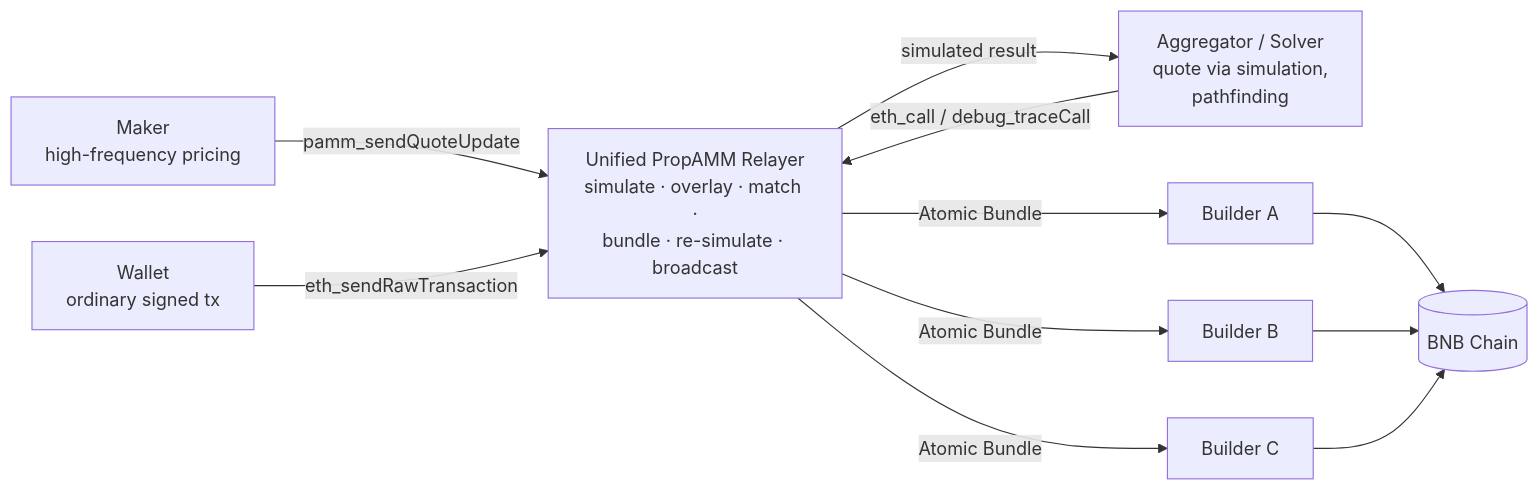
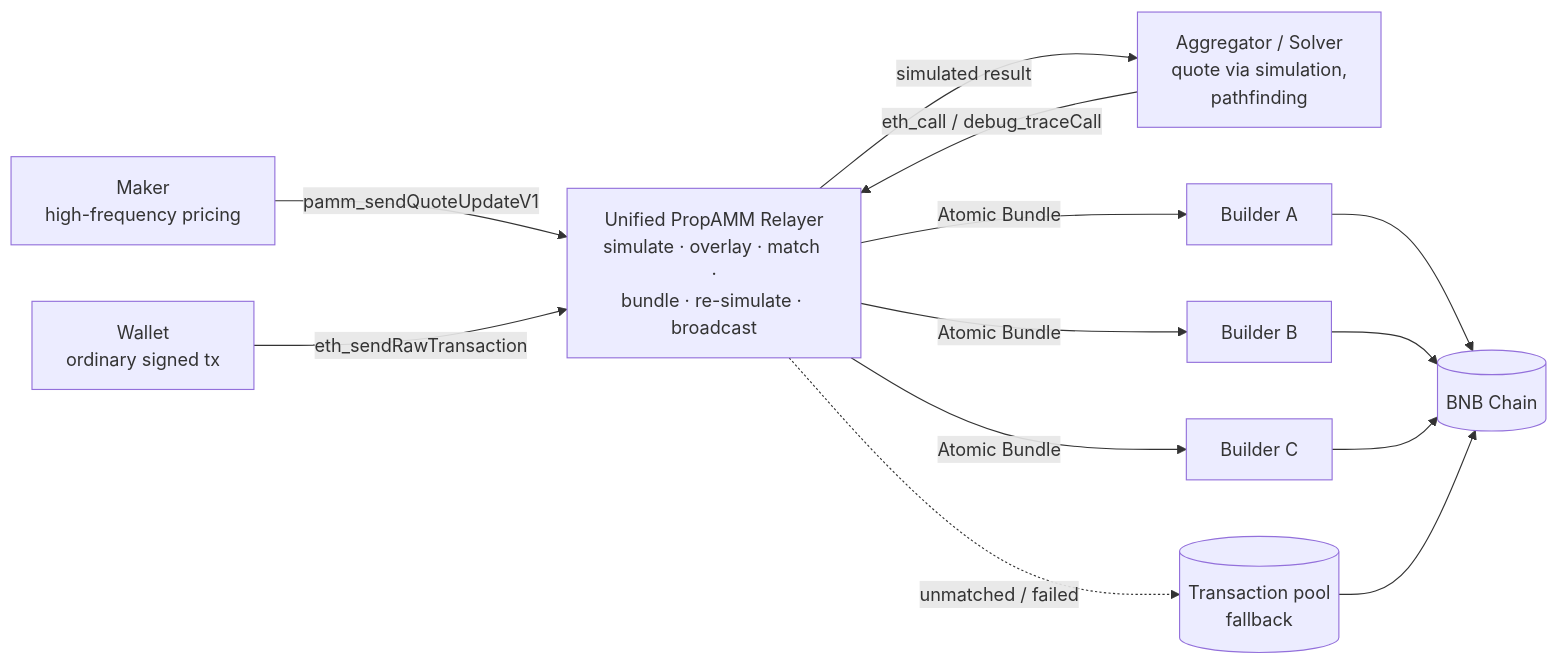
Before and after one commit to bnb-chain/BEPs: the first of 2 diagrams in BAPs/BAP-710.md, drawn with Mermaid. The commit also changed other lines of this file, not shown here.

````diff
--- a/BAPs/BAP-710.md
+++ b/BAPs/BAP-710.md
@@ -103,22 +104,25 @@
 ```mermaid
 flowchart LR
     M[Maker<br/>high-frequency pricing]
     W[Wallet<br/>ordinary signed tx]
     S[Aggregator / Solver<br/>quote via simulation,<br/>pathfinding]
     R[Unified PropAMM Relayer<br/>simulate · overlay · match ·<br/>bundle · re-simulate · broadcast]
+    P[(Transaction pool<br/>fallback)]
     BA[Builder A]
     BB[Builder B]
     BC[Builder C]
     C[(BNB Chain)]
 
-    M -->|pamm_sendQuoteUpdate| R
+    M -->|pamm_sendQuoteUpdateV1| R
     S -->|eth_call / debug_traceCall| R
     R -->|simulated result| S
     W -->|eth_sendRawTransaction| R
     R -->|Atomic Bundle| BA
     R -->|Atomic Bundle| BB
     R -->|Atomic Bundle| BC
+    R -.->|unmatched / failed| P
     BA --> C
     BB --> C
     BC --> C
+    P --> C
 ```
````
